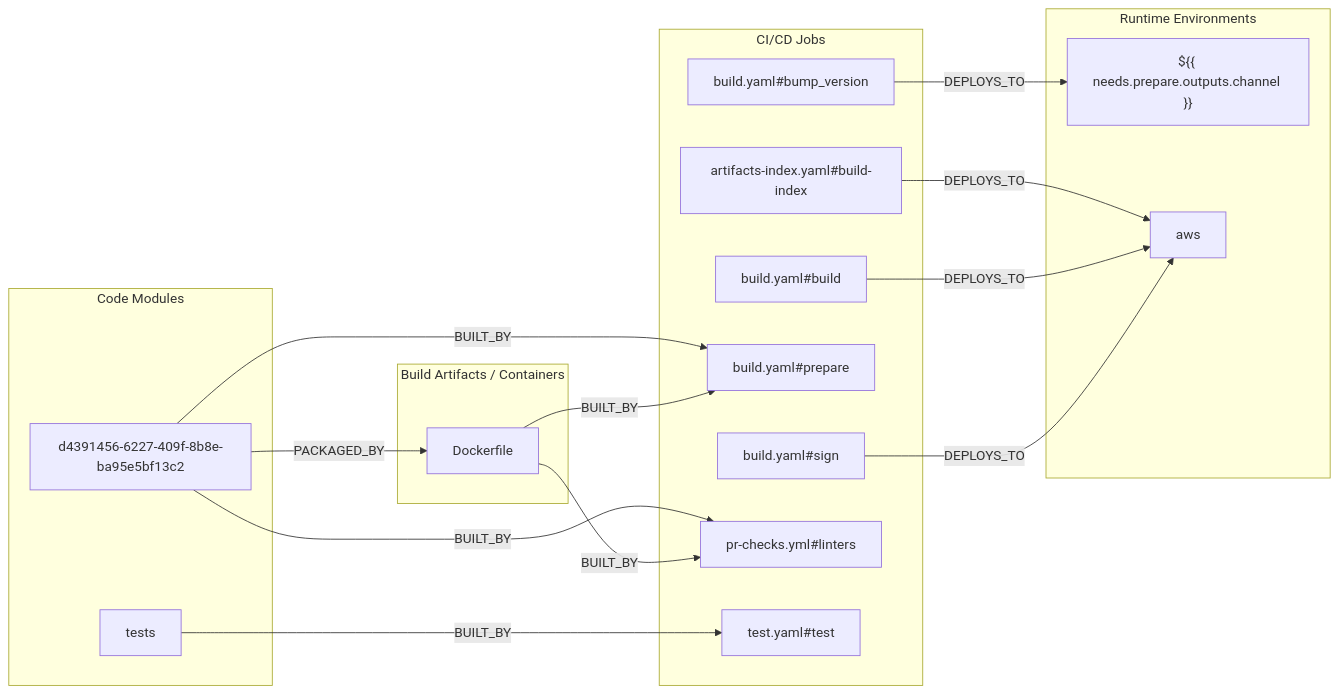
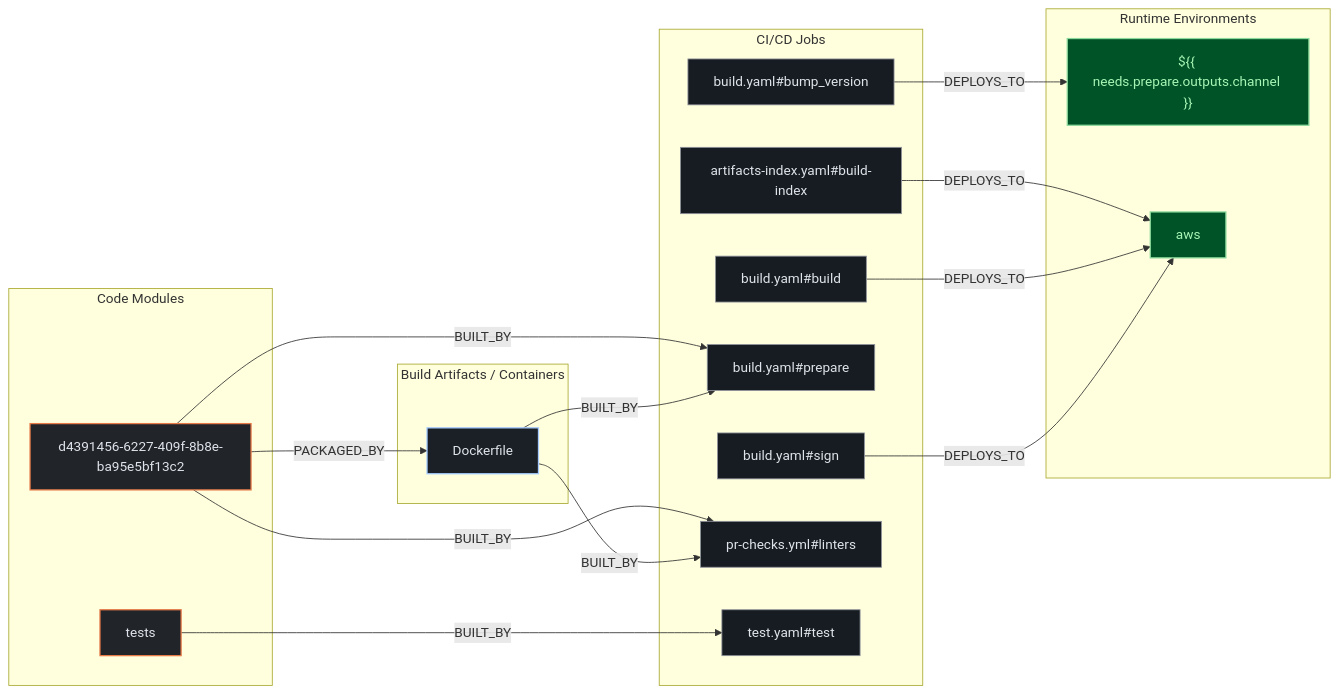
The first of 2 diagrams in exports/latest/reports/home-assistant-operating-system-report.md (kumarshaz/atruss-code-atlas), drawn with Mermaid before and after one commit. The commit also changed other lines of this file and 331 other files, not shown here.

Commit message:
docs,ui,fix: update SDLC docs, reorder CI/CD DAG first, stylize Mermaid, and fix Arc42 pipeline topology

````diff
--- a/exports/latest/reports/home-assistant-operating-system-report.md
+++ b/exports/latest/reports/home-assistant-operating-system-report.md
@@ -67,33 +67,37 @@
 ```mermaid
 flowchart LR
+    classDef atlasCategory fill:#212428,stroke:#E87A48,stroke-width:1.5px,color:#dfe3eb
+    classDef atlasWorkflow fill:#1b2026,stroke:#a3c9ff,stroke-width:1.5px,color:#dfe3eb
+    classDef atlasJob fill:#171c22,stroke:#8d9199,stroke-width:1px,color:#dfe3eb
+    classDef atlasTarget fill:#005227,stroke:#8bd99b,stroke-width:1.5px,color:#a7f6b6
     subgraph code_modules["Code Modules"]
-        mod_d4391456_6227_409f_8b8e_ba95e5bf13c2["d4391456-6227-409f-8b8e-ba95e5bf13c2"]
-        mod_tests["tests"]
+        mod_d4391456_6227_409f_8b8e_ba95e5bf13c2["d4391456-6227-409f-8b8e-ba95e5bf13c2"]:::atlasCategory
+        mod_tests["tests"]:::atlasCategory
     end
     subgraph build_artifacts["Build Artifacts / Containers"]
-        art_Dockerfile["Dockerfile"]
+        art_Dockerfile["Dockerfile"]:::atlasWorkflow
     end
     subgraph ci_jobs["CI/CD Jobs"]
-        job_artifacts_index_yaml_build_index["artifacts-index.yaml#build-index"]
-        job_build_yaml_build["build.yaml#build"]
-        job_build_yaml_bump_version["build.yaml#bump_version"]
-        job_build_yaml_prepare["build.yaml#prepare"]
-        job_build_yaml_sign["build.yaml#sign"]
-        job_pr_checks_yml_linters["pr-checks.yml#linters"]
-        job_test_yaml_test["test.yaml#test"]
+        job_artifacts_index_yaml_build_index["artifacts-index.yaml#build-index"]:::atlasJob
+        job_build_yaml_build["build.yaml#build"]:::atlasJob
+        job_build_yaml_bump_version["build.yaml#bump_version"]:::atlasJob
+        job_build_yaml_prepare["build.yaml#prepare"]:::atlasJob
+        job_build_yaml_sign["build.yaml#sign"]:::atlasJob
+        job_pr_checks_yml_linters["pr-checks.yml#linters"]:::atlasJob
+        job_test_yaml_test["test.yaml#test"]:::atlasJob
     end
     subgraph runtime_envs["Runtime Environments"]
-        env_____needs_prepare_outputs_channel___["${{ needs.prepare.outputs.channel }}"]
-        env_aws["aws"]
+        env_____needs_prepare_outputs_channel___["${{ needs.prepare.outputs.channel }}"]:::atlasTarget
+        env_aws["aws"]:::atlasTarget
     end
     job_artifacts_index_yaml_build_index -->|DEPLOYS_TO| env_aws
     job_build_yaml_build -->|DEPLOYS_TO| env_aws
     job_build_yaml_bump_version -->|DEPLOYS_TO| env_____needs_prepare_outputs_channel___
     job_build_yaml_sign -->|DEPLOYS_TO| env_aws
     mod_d4391456_6227_409f_8b8e_ba95e5bf13c2 -->|BUILT_BY| job_build_yaml_prepare
     mod_d4391456_6227_409f_8b8e_ba95e5bf13c2 -->|BUILT_BY| job_pr_checks_yml_linters
     mod_d4391456_6227_409f_8b8e_ba95e5bf13c2 -->|PACKAGED_BY| art_Dockerfile
     mod_tests -->|BUILT_BY| job_test_yaml_test
     art_Dockerfile -->|BUILT_BY| job_build_yaml_prepare
     art_Dockerfile -->|BUILT_BY| job_pr_checks_yml_linters
 ```
````
